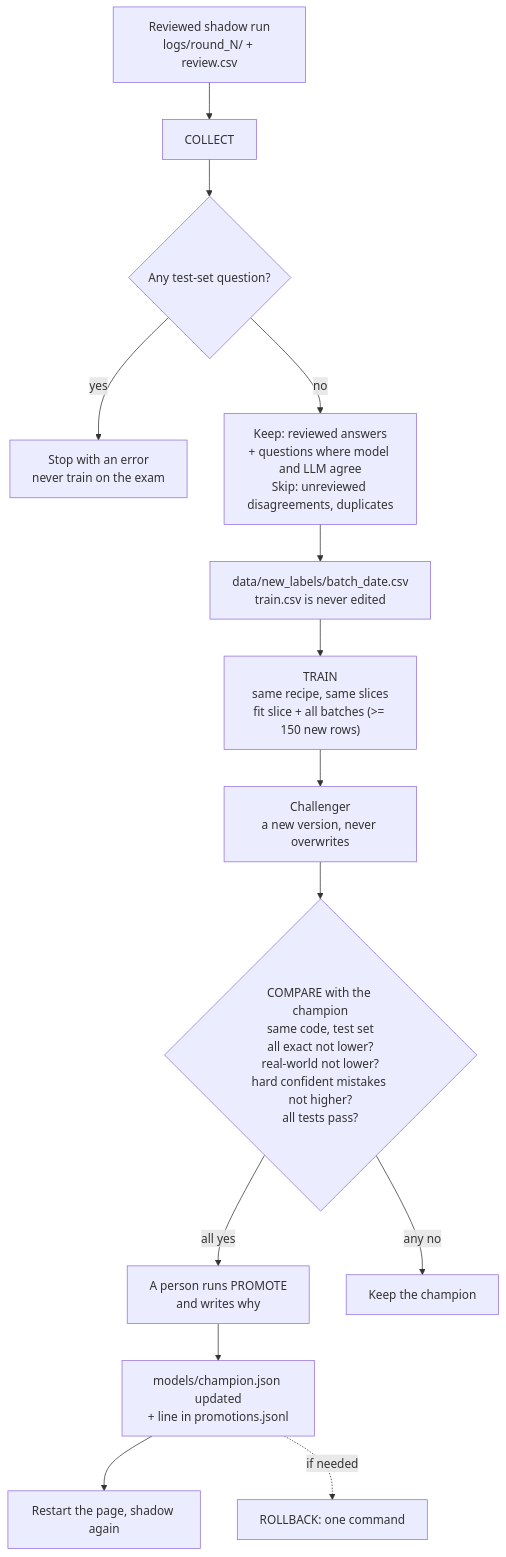
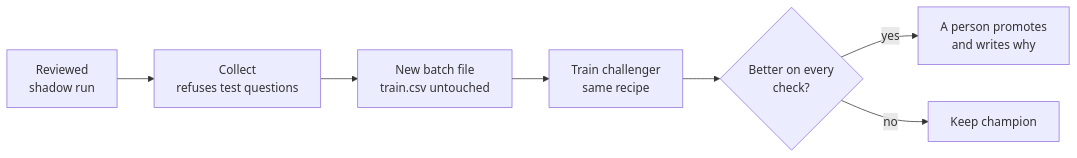
One commit to saramamatha19/AetherionPrism changed the seventh of 7 diagrams in README.md. Above: the diagram before and after it, drawn with Mermaid. The commit also changed other lines of this file and 1 other file, not shown here.

````diff
--- a/README.md
+++ b/README.md
@@ -556,16 +241,6 @@
 ```mermaid
-flowchart TD
-    R["Reviewed shadow run<br/>logs/round_N/ + review.csv"] --> C["COLLECT"]
-    C --> C1{"Any test-set question?"}
-    C1 -- yes --> STOP["Stop with an error<br/>never train on the exam"]
-    C1 -- no --> C2["Keep: reviewed answers<br/>+ questions where model and LLM agree<br/>Skip: unreviewed disagreements, duplicates"]
-    C2 --> BATCH["data/new_labels/batch_date.csv<br/>train.csv is never edited"]
-    BATCH --> T["TRAIN<br/>same recipe, same slices<br/>fit slice + all batches (>= 150 new rows)"]
-    T --> CH["Challenger<br/>a new version, never overwrites"]
-    CH --> CMP{"COMPARE with the champion<br/>same code, test set<br/>all exact not lower?<br/>real-world not lower?<br/>hard confident mistakes not higher?<br/>all tests pass?"}
-    CMP -- "all yes" --> P["A person runs PROMOTE<br/>and writes why"]
-    CMP -- "any no" --> KEEP["Keep the champion"]
-    P --> CJ["models/champion.json updated<br/>+ line in promotions.jsonl"]
-    CJ --> SH["Restart the page, shadow again"]
-    CJ -.->|"if needed"| RB["ROLLBACK: one command"]
+flowchart LR
+    R["Reviewed<br/>shadow run"] --> C["Collect<br/>refuses test questions"] --> BA["New batch file<br/>train.csv untouched"] --> T["Train challenger<br/>same recipe"] --> CMP{"Better on every<br/>check?"}
+    CMP -- yes --> P["A person promotes<br/>and writes why"]
+    CMP -- no --> K["Keep champion"]
 ```
````
